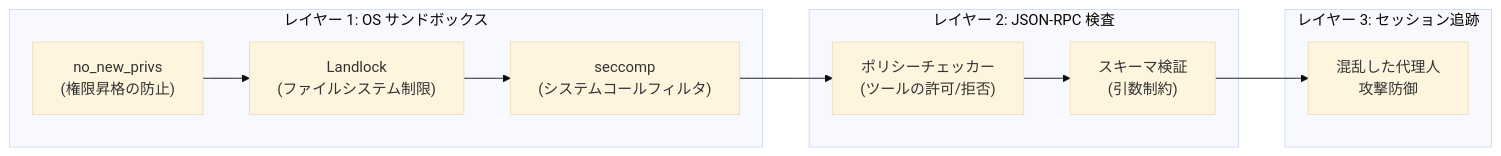
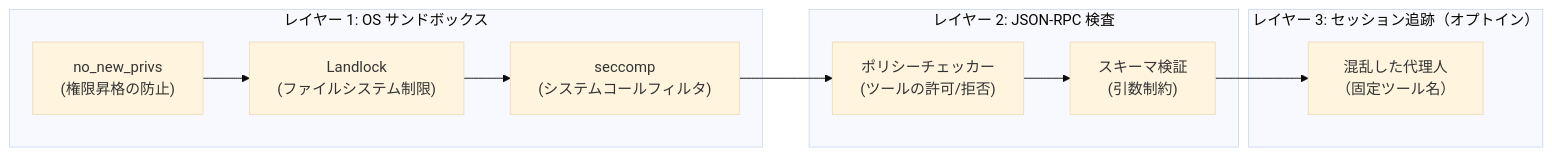
The second of 10 diagrams in docs/guide.ja.md (strumbyte/mcp-writ), drawn with Mermaid (base theme) before and after one commit. The commit also changed other lines of this file and 7 other files, not shown here.

````diff
--- a/docs/guide.ja.md
+++ b/docs/guide.ja.md
@@ -58,19 +58,19 @@
 ```mermaid
 graph LR
     subgraph "レイヤー 1: OS サンドボックス"
         W1["no_new_privs<br/>(権限昇格の防止)"]
         W2["Landlock<br/>(ファイルシステム制限)"]
         W3["seccomp<br/>(システムコールフィルタ)"]
     end
 
     subgraph "レイヤー 2: JSON-RPC 検査"
         A1["ポリシーチェッカー<br/>(ツールの許可/拒否)"]
         A2["スキーマ検証<br/>(引数制約)"]
     end
 
-    subgraph "レイヤー 3: セッション追跡"
-        S1["混乱した代理人<br/>攻撃防御"]
+    subgraph "レイヤー 3: セッション追跡（オプトイン）"
+        S1["混乱した代理人<br/>（固定ツール名）"]
     end
 
     W1 --> W2 --> W3 --> A1 --> A2 --> S1
 ```
````
